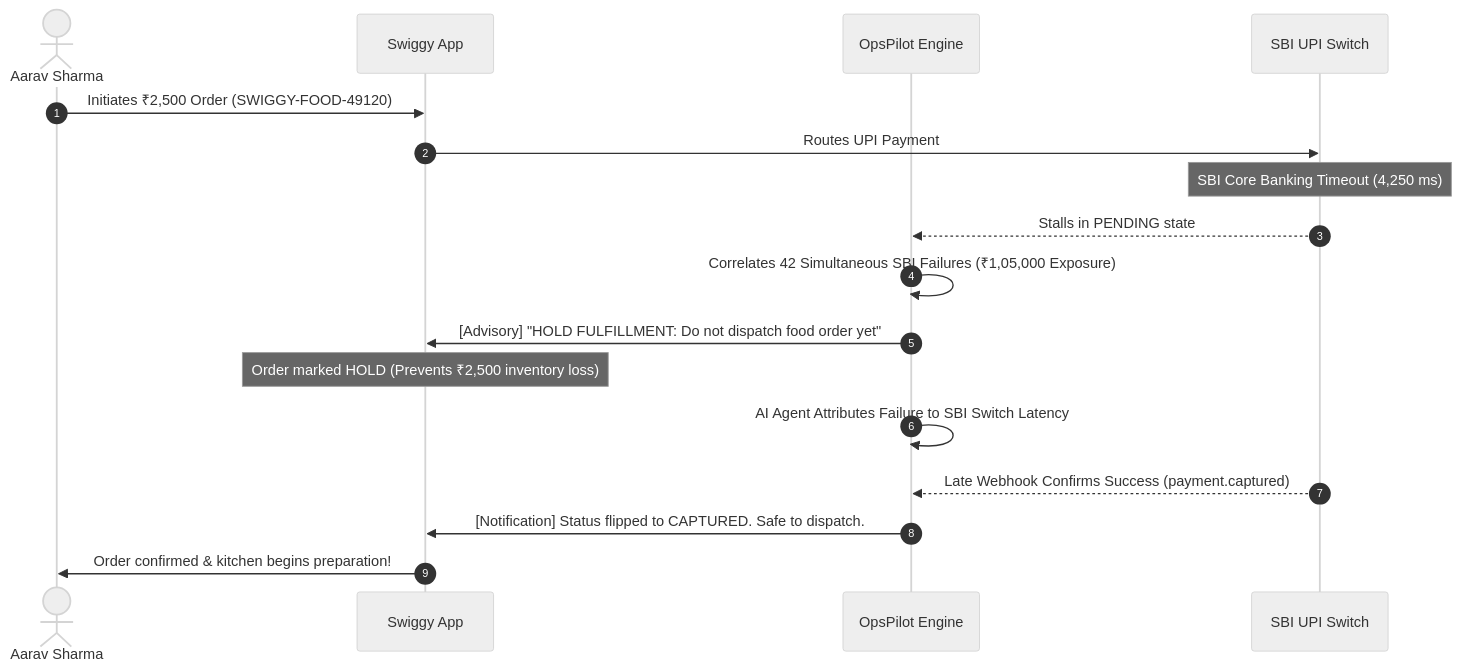
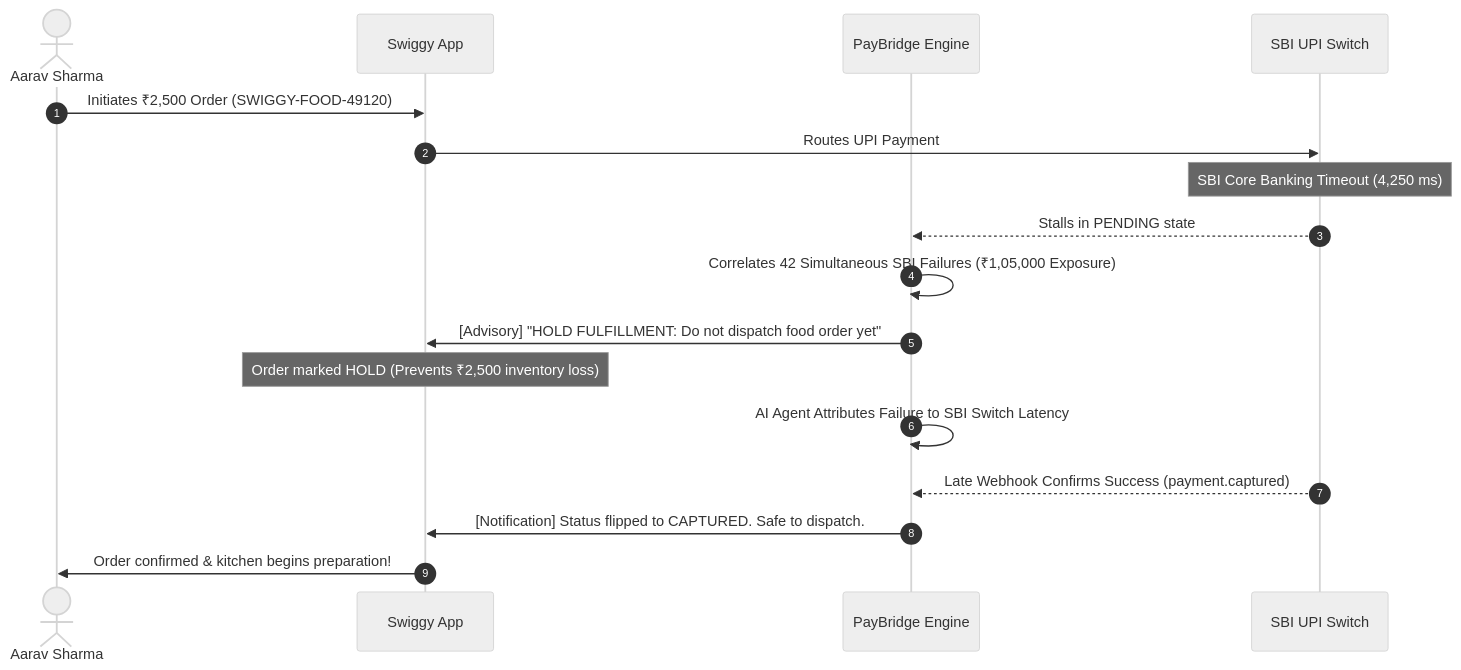
One commit to naveenkotnana/PayBridge-Payments-AI-Powered-FinOps-Payment-Operations-Platform changed the second of 2 diagrams in README.md. Above: the diagram before and after it, drawn with Mermaid (neutral theme). The commit also changed other lines of this file and 19 other files, not shown here.

Commit message:
feat(branding): rename platform to PayBridge across UI, API, workflows, and docs

````diff
--- a/README.md
+++ b/README.md
@@ -223,20 +223,20 @@
 ```mermaid
 sequenceDiagram
     autonumber
     actor Customer as Aarav Sharma
     participant Swiggy as Swiggy App
-    participant OpsPilot as OpsPilot Engine
+    participant PayBridge as PayBridge Engine
     participant Bank as SBI UPI Switch
 
     Customer->>Swiggy: Initiates ₹2,500 Order (SWIGGY-FOOD-49120)
     Swiggy->>Bank: Routes UPI Payment
     Note over Bank: SBI Core Banking Timeout (4,250 ms)
-    Bank-->>OpsPilot: Stalls in PENDING state
-    OpsPilot->>OpsPilot: Correlates 42 Simultaneous SBI Failures (₹1,05,000 Exposure)
-    OpsPilot->>Swiggy: [Advisory] "HOLD FULFILLMENT: Do not dispatch food order yet"
+    Bank-->>PayBridge: Stalls in PENDING state
+    PayBridge->>PayBridge: Correlates 42 Simultaneous SBI Failures (₹1,05,000 Exposure)
+    PayBridge->>Swiggy: [Advisory] "HOLD FULFILLMENT: Do not dispatch food order yet"
     Note over Swiggy: Order marked HOLD (Prevents ₹2,500 inventory loss)
-    OpsPilot->>OpsPilot: AI Agent Attributes Failure to SBI Switch Latency
-    Bank-->>OpsPilot: Late Webhook Confirms Success (payment.captured)
-    OpsPilot->>Swiggy: [Notification] Status flipped to CAPTURED. Safe to dispatch.
+    PayBridge->>PayBridge: AI Agent Attributes Failure to SBI Switch Latency
+    Bank-->>PayBridge: Late Webhook Confirms Success (payment.captured)
+    PayBridge->>Swiggy: [Notification] Status flipped to CAPTURED. Safe to dispatch.
     Swiggy->>Customer: Order confirmed & kitchen begins preparation!
 ```
````
